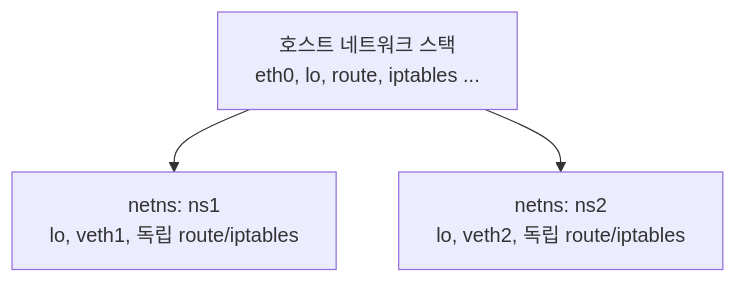
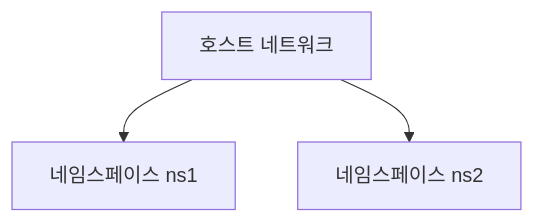
The second of 3 diagrams in content/linux/network-basics/iproute2.md (moonblueblue/devops-wiki), drawn with Mermaid before and after one commit. The commit also changed other lines of this file and 37 other files, not shown here.

First line of the commit message:
style: linux 카테고리 ASCII 도표·Mermaid 라벨 형식 교정

````diff
--- a/content/linux/network-basics/iproute2.md
+++ b/content/linux/network-basics/iproute2.md
@@ -415,6 +415,6 @@
 ```mermaid
 graph TD
-    HOST["호스트 네트워크 스택<br/>eth0, lo, route, iptables ..."]
-    HOST --> NS1["netns: ns1<br/>lo, veth1, 독립 route/iptables"]
-    HOST --> NS2["netns: ns2<br/>lo, veth2, 독립 route/iptables"]
+    HOST["호스트 네트워크"]
+    HOST --> NS1["네임스페이스 ns1"]
+    HOST --> NS2["네임스페이스 ns2"]
 ```
````
